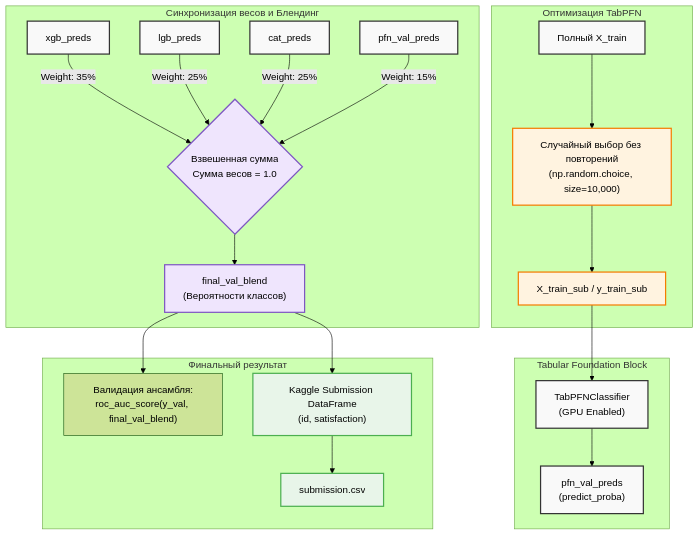
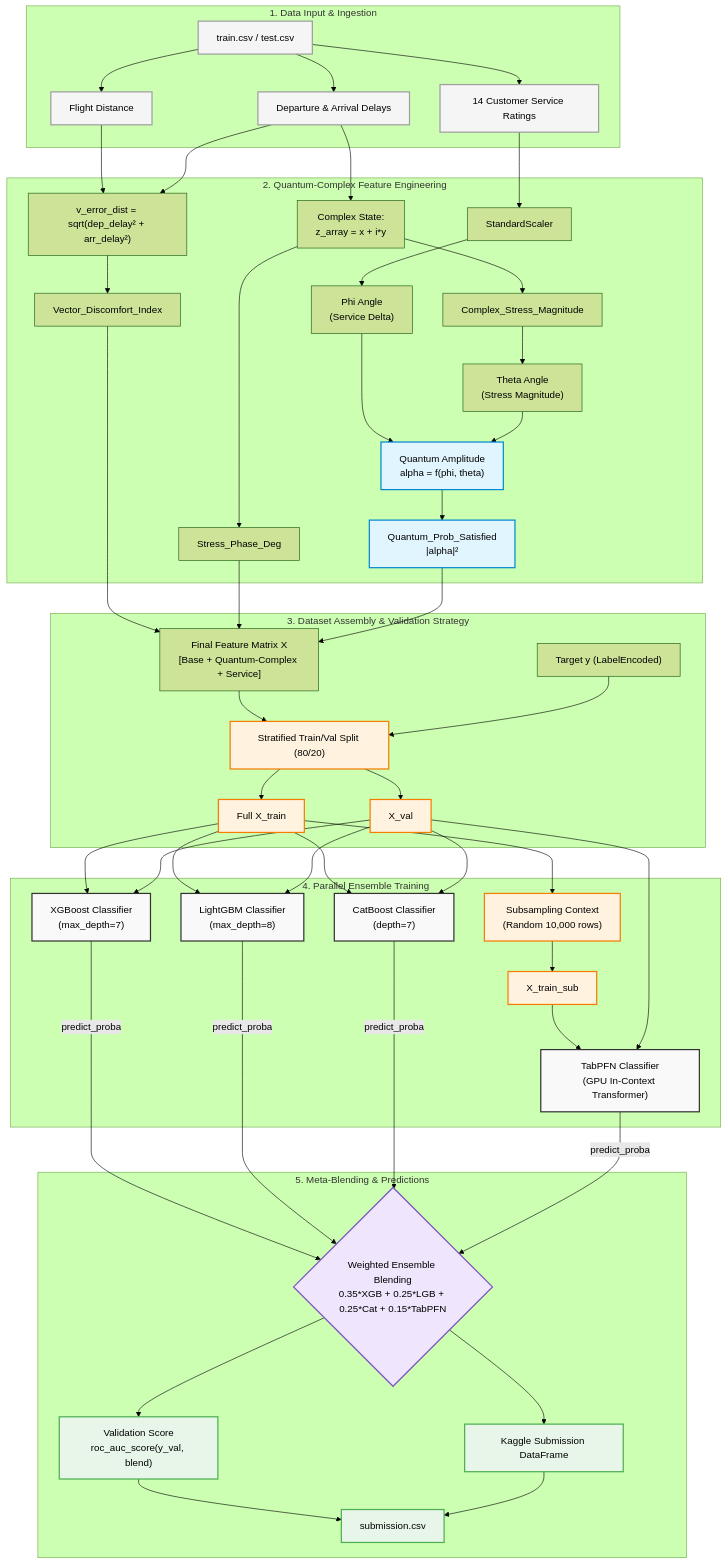
The diagram in README.md (dailycodepython/Quantum-TabPFN-Transformer-Ensemble), drawn with Mermaid (forest theme) before and after one commit. The commit also changed other lines of this file, not shown here.

````diff
--- a/README.md
+++ b/README.md
@@ -44,56 +44,92 @@
 ```mermaid
 graph TD
-    %% Стилизация узлов
-    classDef sample fill:#fff3e0,stroke:#f57c00,stroke-width:2px;
+    %% Node Styling
+    classDef raw fill:#f5f5f5,stroke:#9e9e9e,stroke-width:2px;
+    classDef engineering fill:#efe5fd,stroke:#7e57c2,stroke-width:2px;
+    classDef quantum fill:#e1f5fe,stroke:#0288d1,stroke-width:2px;
+    classDef split fill:#fff3e0,stroke:#f57c00,stroke-width:2px;
     classDef model fill:#f9f9f9,stroke:#333,stroke-width:2px;
-    classDef blend fill:#efe5fd,stroke:#7e57c2,stroke-width:2px;
     classDef output fill:#e8f5e9,stroke:#4caf50,stroke-width:2px;
 
-    %% Предыдущий шаг и сабсемплинг
-    subgraph TabPFN_Optimization [Оптимизация TabPFN]
-        X_train_full["Полный X_train"]:::model
-        Subsample["Случайный выбор без повторений<br>(np.random.choice, size=10,000)"]:::sample
-        X_train_sub["X_train_sub / y_train_sub"]:::sample
+    %% STAGE 1: Data Inputs
+    subgraph Stage_1 [1. Data Input & Ingestion]
+        DF[train.csv / test.csv]:::raw
+        Delays[Departure & Arrival Delays]:::raw
+        Services[14 Customer Service Ratings]:::raw
+        Distance[Flight Distance]:::raw
         
-        X_train_full --> Subsample
-        Subsample --> X_train_sub
+        DF --> Delays & Services & Distance
     end
 
-    %% Обучение и инференс TabPFN
-    subgraph TabPFN_Inference [Tabular Foundation Block]
-        TabPFN_Model["TabPFNClassifier<br>(GPU Enabled)"]:::model
-        pfn_val_preds["pfn_val_preds<br>(predict_proba)"]:::model
+    %% STAGE 2: Quantum-Complex Feature Engineering
+    subgraph Stage_2 [2. Quantum-Complex Feature Engineering]
+        %% Linear Algebra
+        V_Dist["v_error_dist = sqrt(dep_delay² + arr_delay²)"]
+        V_Index["Vector_Discomfort_Index"]
+        Distance & Delays --> V_Dist --> V_Index
         
-        X_train_sub --> TabPFN_Model
-        TabPFN_Model --> pfn_val_preds
+        %% Complex Analysis
+        Z_Array["Complex State:<br>z_array = x + i*y"]
+        Stress_Mag["Complex_Stress_Magnitude"]
+        Stress_Phase["Stress_Phase_Deg"]
+        Delays --> Z_Array --> Stress_Mag & Stress_Phase
+        
+        %% Quantum Mapping & Born's Rule
+        Scaler[StandardScaler]
+        Phi["Phi Angle<br>(Service Delta)"]
+        Theta["Theta Angle<br>(Stress Magnitude)"]
+        Alpha["Quantum Amplitude<br>alpha = f(phi, theta)"]:::quantum
+        Q_Prob["Quantum_Prob_Satisfied<br>|alpha|²"]:::quantum
+        
+        Services --> Scaler --> Phi
+        Stress_Mag --> Theta
+        Phi & Theta --> Alpha --> Q_Prob
     end
 
-    %% Блок Блендинга
-    subgraph Ensemble_Blending [Синхронизация весов и Блендинг]
-        xgb_p[xgb_preds]:::model
-        lgb_p[lgb_preds]:::model
-        cat_p[cat_preds]:::model
-        pfn_p[pfn_val_preds]:::model
-
-        Blend_Formula{"Взвешенная сумма<br>Сумма весов = 1.0"}:::blend
+    %% STAGE 3: Dataset Assembly & Validation Split
+    subgraph Stage_3 [3. Dataset Assembly & Validation Strategy]
+        Features["Final Feature Matrix X<br>[Base + Quantum-Complex + Service]"]
+        Target["Target y (LabelEncoded)"]
+        Split["Stratified Train/Val Split (80/20)"]:::split
         
-        xgb_p --> |Weight: 35%| Blend_Formula
-        lgb_p --> |Weight: 25%| Blend_Formula
-        cat_p --> |Weight: 25%| Blend_Formula
-        pfn_p --> |Weight: 15%| Blend_Formula
+        V_Index & Stress_Phase & Q_Prob --> Features
+        Features & Target --> Split
         
-        Final_Blend["final_val_blend<br>(Вероятности классов)"]:::blend
-        Blend_Formula --> Final_Blend
+        X_train_full["Full X_train"]:::split
+        X_val["X_val"]:::split
+        
+        Split --> X_train_full & X_val
     end
 
-    %% Метрики и Вывод
-    subgraph Output_Generation [Финальный результат]
-        Metric["Валидация ансамбля:<br>roc_auc_score(y_val, final_val_blend)"]
-        Submission["Kaggle Submission DataFrame<br>(id, satisfaction)"]:::output
+    %% STAGE 4: Parallel Ensemble Training
+    subgraph Stage_4 [4. Parallel Ensemble Training]
+        %% Classical Boosting Branch
+        XGB["XGBoost Classifier<br>(max_depth=7)"]:::model
+        LGB["LightGBM Classifier<br>(max_depth=8)"]:::model
+        Cat["CatBoost Classifier<br>(depth=7)"]:::model
+        
+        X_train_full --> XGB & LGB & Cat
+        X_val --> XGB & LGB & Cat
+        
+        %% TabPFN Foundation Branch
+        Subsample["Subsampling Context<br>(Random 10,000 rows)"]:::split
+        X_train_sub["X_train_sub"]:::split
+        TabPFN["TabPFN Classifier<br>(GPU In-Context Transformer)"]:::model
+        
+        X_train_full --> Subsample --> X_train_sub
+        X_train_sub & X_val --> TabPFN
+    end
+
+    %% STAGE 5: Meta-Blending & Prediction Output
+    subgraph Stage_5 [5. Meta-Blending & Predictions]
+        Blend{"Weighted Ensemble Blending<br>0.35*XGB + 0.25*LGB + 0.25*Cat + 0.15*TabPFN"}:::engineering
+        
+        XGB & LGB & Cat & TabPFN --> |predict_proba| Blend
+        
+        Metric["Validation Score<br>roc_auc_score(y_val, blend)"]:::output
+        Submission["Kaggle Submission DataFrame"]:::output
         CSV["submission.csv"]:::output
         
-        Final_Blend --> Metric
-        Final_Blend --> Submission
-        Submission --> CSV
+        Blend --> Metric & Submission --> CSV
     end
 ```
````
